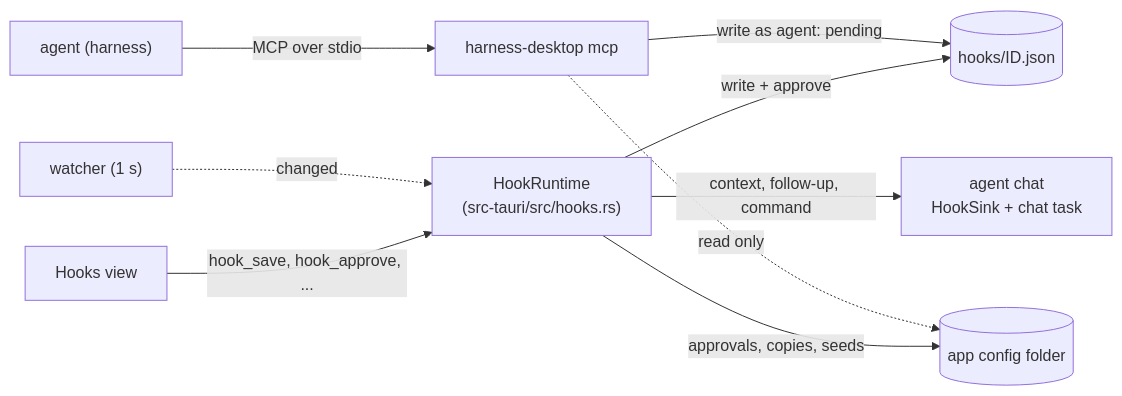
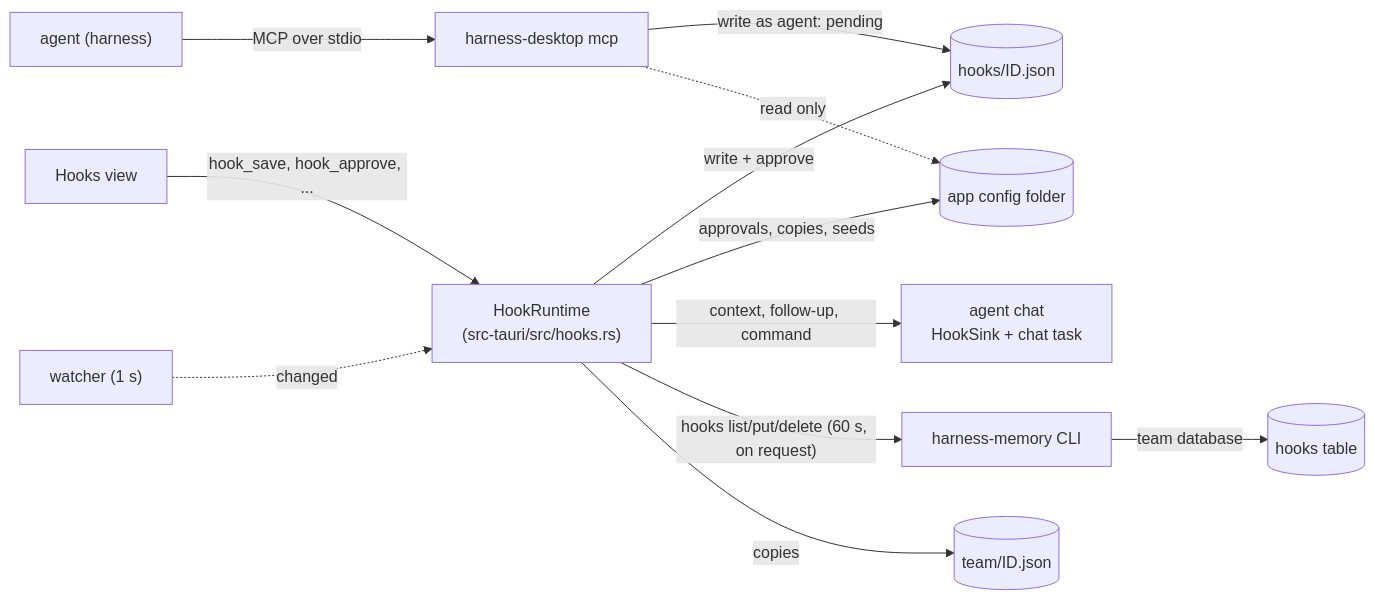
One commit to MSpiechowicz/harness-useful-desktop changed the third of 3 diagrams in docs/architecture.md. Above: the diagram before and after it, drawn with Mermaid. The commit also changed other lines of this file and 106 other files, not shown here.

First line of the commit message:
feat(hooks): share hooks with the team through the Harness Memory team database

````diff
--- a/docs/architecture.md
+++ b/docs/architecture.md
@@ -188,11 +196,14 @@
 ```mermaid
 flowchart LR
   UI["Hooks view"] -- "hook_save, hook_approve, ..." --> RT["HookRuntime<br/>(src-tauri/src/hooks.rs)"]
   RT -- "write + approve" --> F[("hooks/ID.json")]
   RT -- "approvals, copies, seeds" --> C[("app config folder")]
   AG["agent (harness)"] -- "MCP over stdio" --> MCP["harness-desktop mcp"]
   MCP -- "write as agent: pending" --> F
   MCP -. "read only" .-> C
   W["watcher (1 s)"] -. "changed" .-> RT
   RT -- "context, follow-up, command" --> CH["agent chat<br/>HookSink + chat task"]
+  RT -- "hooks list/put/delete (60 s, on request)" --> HM["harness-memory CLI"]
+  HM -- "team database" --> TDB[("hooks table")]
+  RT -- "copies" --> T[("team/ID.json")]
 ```
````
